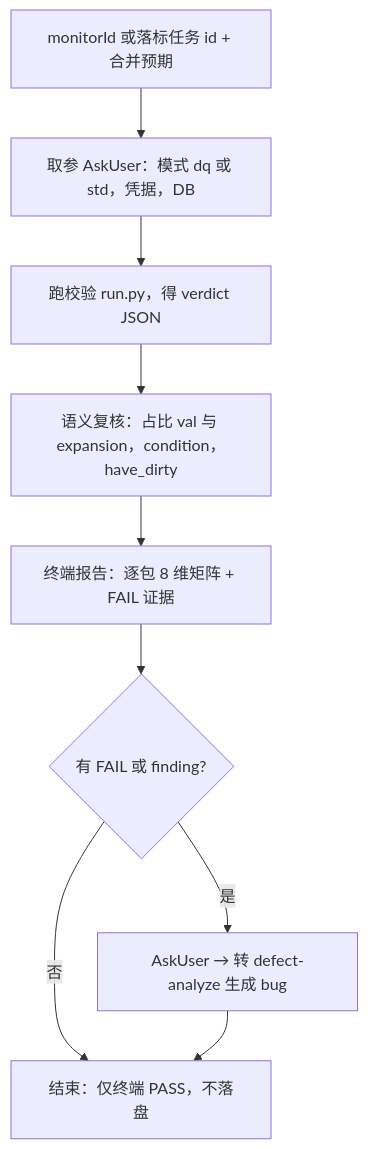
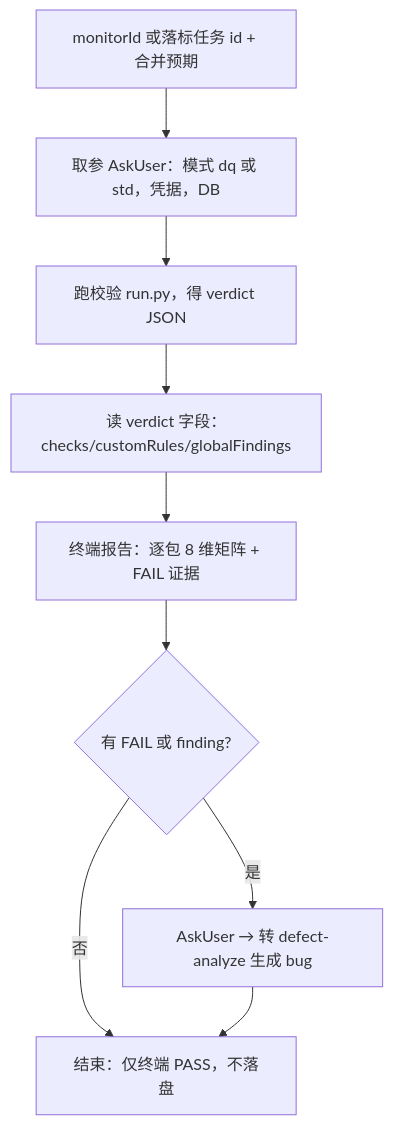
Before and after one commit to koco-co/kata: the first of 2 diagrams in .claude/skills/sql-merge-validate/SKILL.md, drawn with Mermaid. The commit also changed other lines of this file and 22 other files, not shown here.

````diff
--- a/.claude/skills/sql-merge-validate/SKILL.md
+++ b/.claude/skills/sql-merge-validate/SKILL.md
@@ -16,11 +16,11 @@
 ```mermaid
 flowchart TD
     A[monitorId 或落标任务 id + 合并预期] --> B[取参 AskUser：模式 dq 或 std，凭据，DB]
     B --> C[跑校验 run.py，得 verdict JSON]
-    C --> D[语义复核：占比 val 与 expansion，condition，have_dirty]
+    C --> D[读 verdict 字段：checks/customRules/globalFindings]
     D --> E[终端报告：逐包 8 维矩阵 + FAIL 证据]
     E --> F{有 FAIL 或 finding?}
     F -->|是| G[AskUser → 转 defect-analyze 生成 bug]
     F -->|否| H[结束：仅终端 PASS，不落盘]
     G --> H
 ```
````
